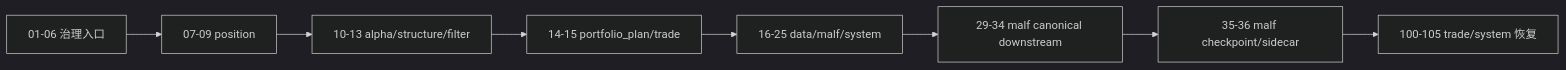
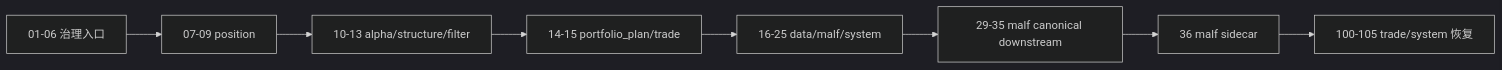
The diagram in docs/03-execution/B-card-catalog-20260409.md (everything-is-simple/lifespan-0.01), drawn with Mermaid (dark theme) before and after one commit. The commit also changed other lines of this file and 22 other files, not shown here.

Commit message:
docs: finalize card35 downstream checkpoint alignment

````diff
--- a/docs/03-execution/B-card-catalog-20260409.md
+++ b/docs/03-execution/B-card-catalog-20260409.md
@@ -66,10 +66,10 @@
 ```mermaid
 flowchart LR
     G01["01-06 治理入口"] --> P07["07-09 position"]
     P07 --> A10["10-13 alpha/structure/filter"]
     A10 --> T14["14-15 portfolio_plan/trade"]
     T14 --> D16["16-25 data/malf/system"]
-    D16 --> M29["29-34 malf canonical downstream"]
-    M29 --> M35["35-36 malf checkpoint/sidecar"]
+    D16 --> M29["29-35 malf canonical downstream"]
+    M29 --> M35["36 malf sidecar"]
     M35 --> POST["100-105 trade/system 恢复"]
 ```
````
